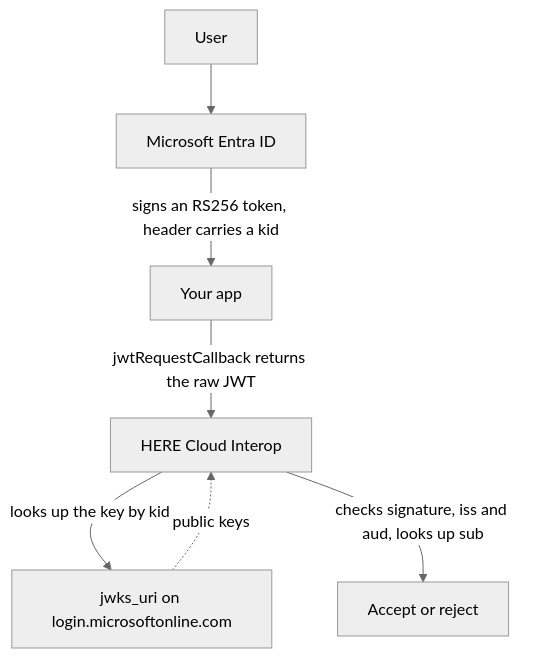
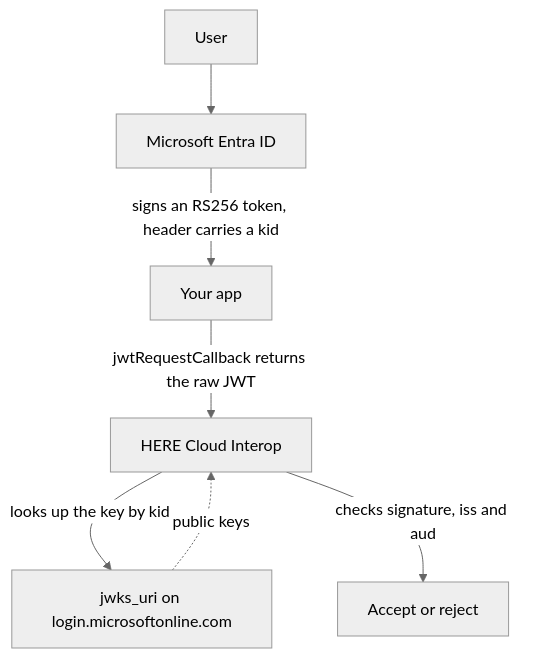
Before and after one commit to built-on-openfin/node-starter: the diagram in how-to/setup-an-example-jwks-endpoint/using-microsoft-entra-id.md, drawn with Mermaid (neutral theme). The commit also changed other lines of this file and 5 other files, not shown here.

````diff
--- a/how-to/setup-an-example-jwks-endpoint/using-microsoft-entra-id.md
+++ b/how-to/setup-an-example-jwks-endpoint/using-microsoft-entra-id.md
@@ -13,9 +13,9 @@
 ```mermaid
 flowchart TD
   user[User] --> entra[Microsoft Entra ID]
   entra -->|"signs an RS256 token, header carries a kid"| app[Your app]
   app -->|jwtRequestCallback returns the raw JWT| ci[HERE Cloud Interop]
   ci -->|"looks up the key by kid"| jwks["jwks_uri on login.microsoftonline.com"]
   jwks -.->|public keys| ci
-  ci -->|"checks signature, iss and aud, looks up sub"| verdict[Accept or reject]
+  ci -->|"checks signature, iss and aud"| verdict[Accept or reject]
 ```
````
